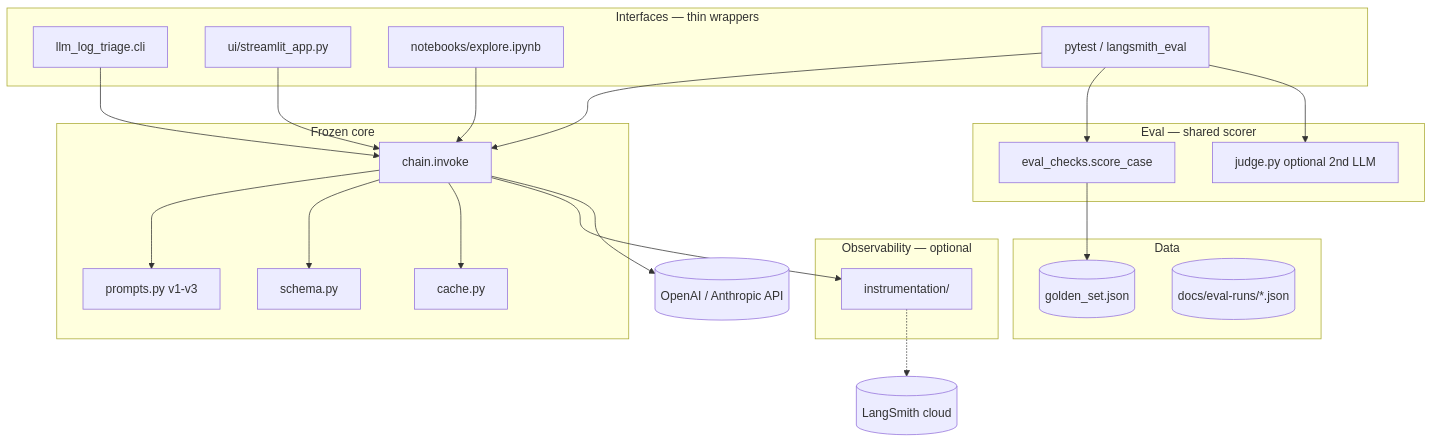
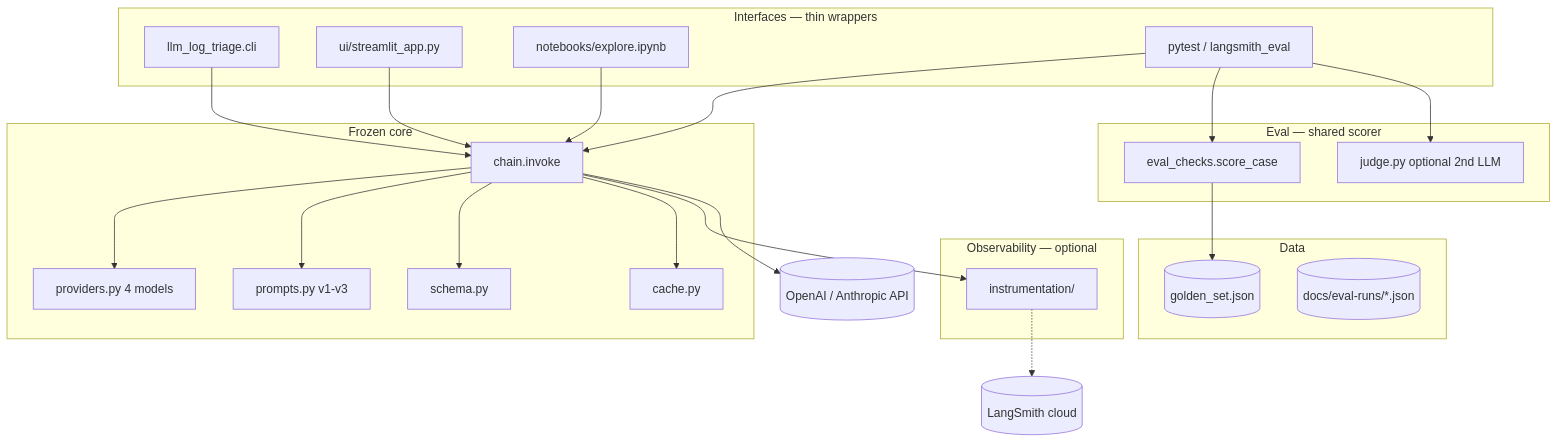
The first of 4 diagrams in docs/architecture.md (KhwajaMKhan/llm-log-triage), drawn with Mermaid before and after one commit. The commit also changed other lines of this file and 14 other files, not shown here.

````diff
--- a/docs/architecture.md
+++ b/docs/architecture.md
@@ -19,44 +19,46 @@
 ```mermaid
 flowchart TB
   subgraph interfaces [Interfaces — thin wrappers]
     CLI[llm_log_triage.cli]
     UI[ui/streamlit_app.py]
     NB[notebooks/explore.ipynb]
     PY[pytest / langsmith_eval]
   end
 
   subgraph core [Frozen core]
     INV[chain.invoke]
+    PROV[providers.py 4 models]
     PR[prompts.py v1-v3]
     SCH[schema.py]
     CACHE[cache.py]
   end
 
   subgraph eval [Eval — shared scorer]
     EC[eval_checks.score_case]
     JUD[judge.py optional 2nd LLM]
   end
 
   subgraph obs [Observability — optional]
     INS[instrumentation/]
   end
 
   subgraph data [Data]
     GS[(golden_set.json)]
     ER[(docs/eval-runs/*.json)]
   end
 
   CLI --> INV
   UI --> INV
   NB --> INV
   PY --> INV
+  INV --> PROV
   INV --> PR
   INV --> SCH
   INV --> CACHE
   INV --> INS
   PY --> EC
   PY --> JUD
   EC --> GS
   INS -.-> LangSmith[(LangSmith cloud)]
   INV --> OpenAI[(OpenAI / Anthropic API)]
 ```
````
